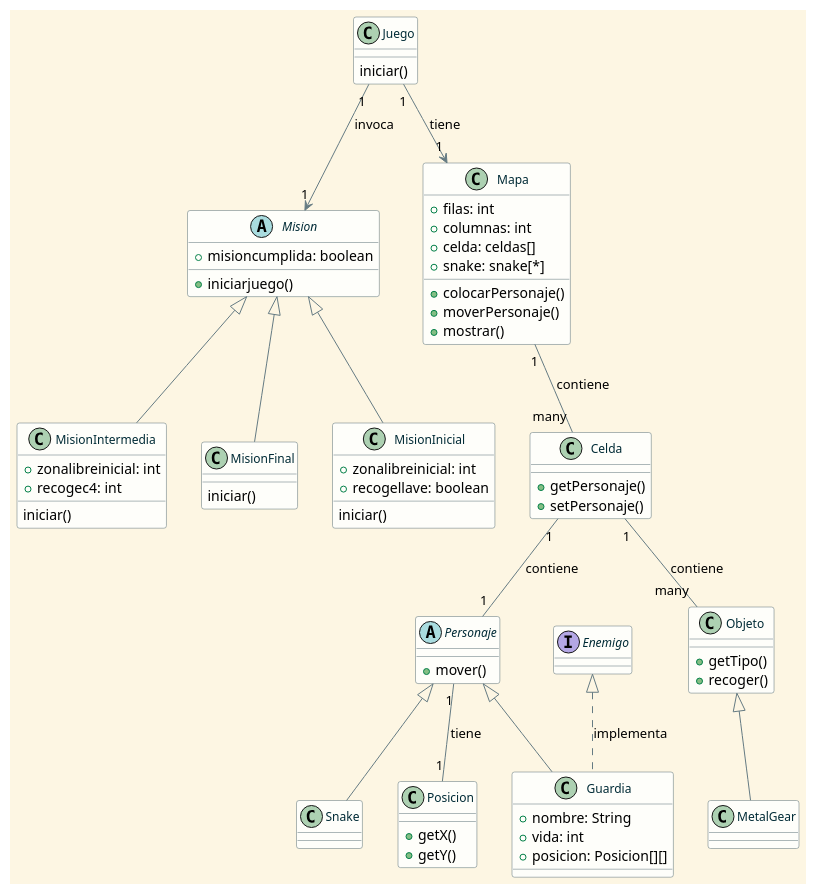
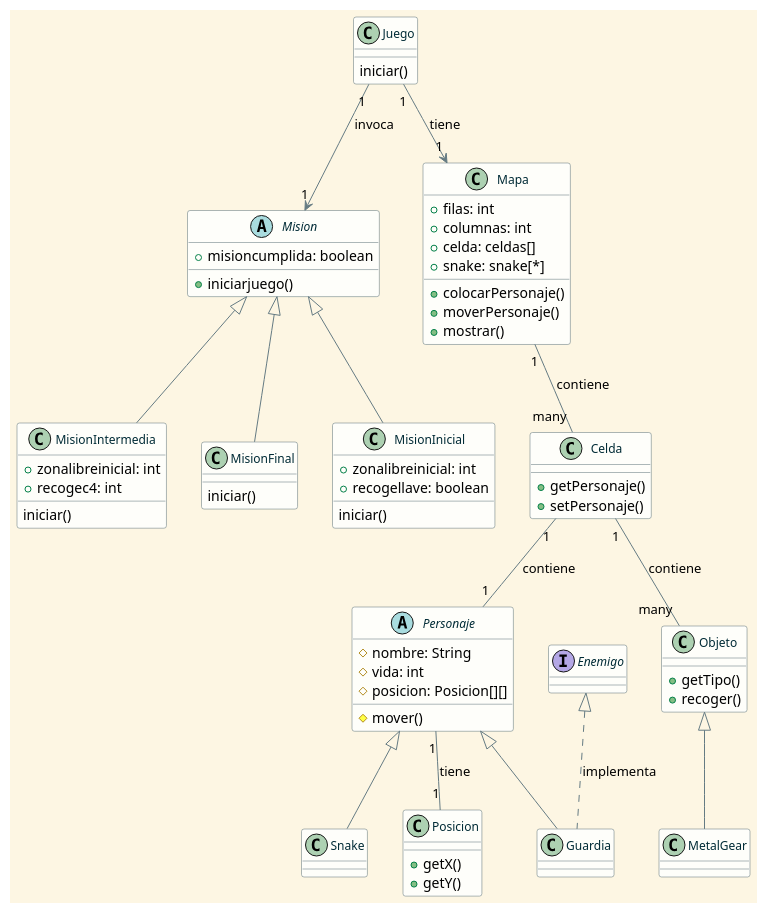
One commit to walterporta/TP-PBA-01 changed the diagram in src/Diagrama.plantuml. Above: the diagram before and after it, drawn with PlantUML.

Commit message:
subo diagrama umlcon comentarios en el código

```diff
--- a/src/Diagrama.plantuml
+++ b/src/Diagrama.plantuml
@@ -1,134 +1,135 @@
 @startuml
 ' Estilo general del fondo y líneas
 skinparam backgroundColor #fdf6e3
 skinparam class {
     BackgroundColor #fefefa
     BorderColor #586e75
     ArrowColor #268bd2
     FontColor #002b36
     FontName "Ubuntu"
     FontSize 12
     RoundCorner 15
 }
 
 ' Estilo para interfaces
 skinparam interface {
     BackgroundColor #e3f6fd
     BorderColor #268bd2
 }
 
 ' Estilo para clases abstractas
 skinparam class {
     BackgroundColor<<abstract>> #fceada
     BorderColor<<abstract>> #cb4b16
     FontColor<<abstract>> #cb4b16
 }
 
 ' Estilo para clases concretas
 skinparam class {
     BackgroundColor<<concreta>> #e0f8e3
     BorderColor<<concreta>> #2aa198
 }
 
 ' Estilo para relaciones
 skinparam ArrowColor #657b83
 
 ' Definición de las clases y sus miembros
 class Juego {
     iniciar()
 }
 
 abstract class Mision {
     +misioncumplida: boolean
     +iniciarjuego()
 }
 
 class MisionInicial {
     +zonalibreinicial: int
     +recogellave: boolean
     ' la llave sería un item (Objeto)??
     iniciar()
 }
 
 class MisionIntermedia {
     +zonalibreinicial: int
     +recogec4: int 
     ' analizar recogec4 así como el caso de puerta abierta o cerrada
     iniciar()
 }
 
 class MisionFinal {
     iniciar()
 }
 
 class Mapa {
     + filas: int
     + columnas: int
     + celda: celdas[]
     + snake: snake[*] 
     ' no se por qué instanciar snake aqui
     +colocarPersonaje()
     +moverPersonaje()
     +mostrar()
 }
 
 class Celda {
     +getPersonaje()
     +setPersonaje()
 }
 
 abstract class Personaje {
-    +mover()
+    #nombre: String
+    #vida: int
+    #posicion: Posicion[][]
+    #mover()
 }
 ' Posicion Es una clase o atriburo de personajes e items?
 class Posicion { 
     
     +getX()
     +getY()
 }
 
 interface Enemigo {
 }
 
 class Guardia {
-    + nombre: String
-    + vida: int
-    + posicion: Posicion[][]
+    
 }
 
 class Snake {
 }
 
 class Objeto {
     ' objetos posibles: llave? C4? puerta? 
     +getTipo()
     +recoger() 
 ' yo quitaría recoger, con el solo hecho de caer en la celda consideraría recodido lo que haya en esa celda
 }
 
 class MetalGear {
 }
 
 ' Definición de las relaciones
 Juego "1" --> "1" Mision : invoca
 Juego "1" --> "1" Mapa : tiene
 
 Mision <|-- MisionInicial
 Mision <|-- MisionIntermedia
 Mision <|-- MisionFinal
 
 Mapa "1" -- "many" Celda : contiene
 
 Celda "1" -- "1" Personaje : contiene
 Celda "1" -- "many" Objeto : contiene
 
 Personaje "1" -- "1" Posicion : tiene
 
 Enemigo <|.. Guardia : implementa
 
 Personaje <|-- Guardia
 Personaje <|-- Snake
 
 Objeto <|-- MetalGear
 
 @enduml
```
